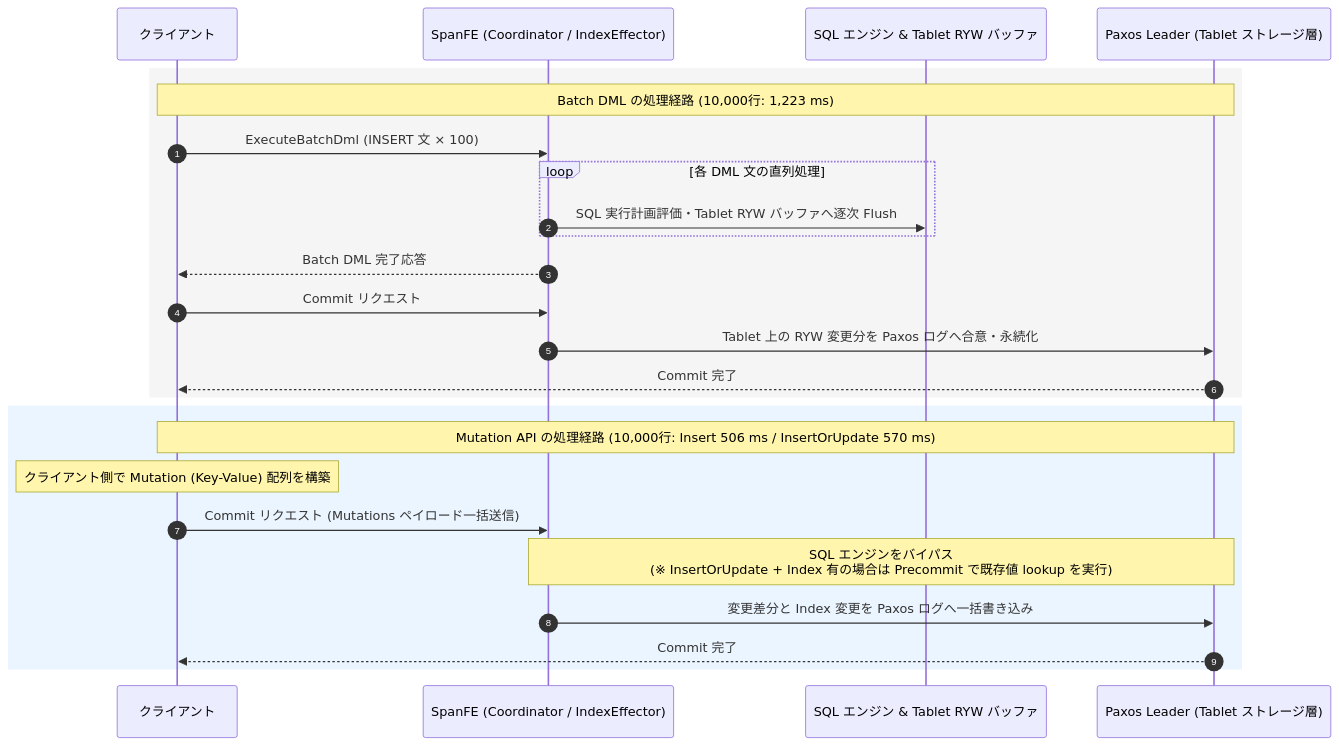
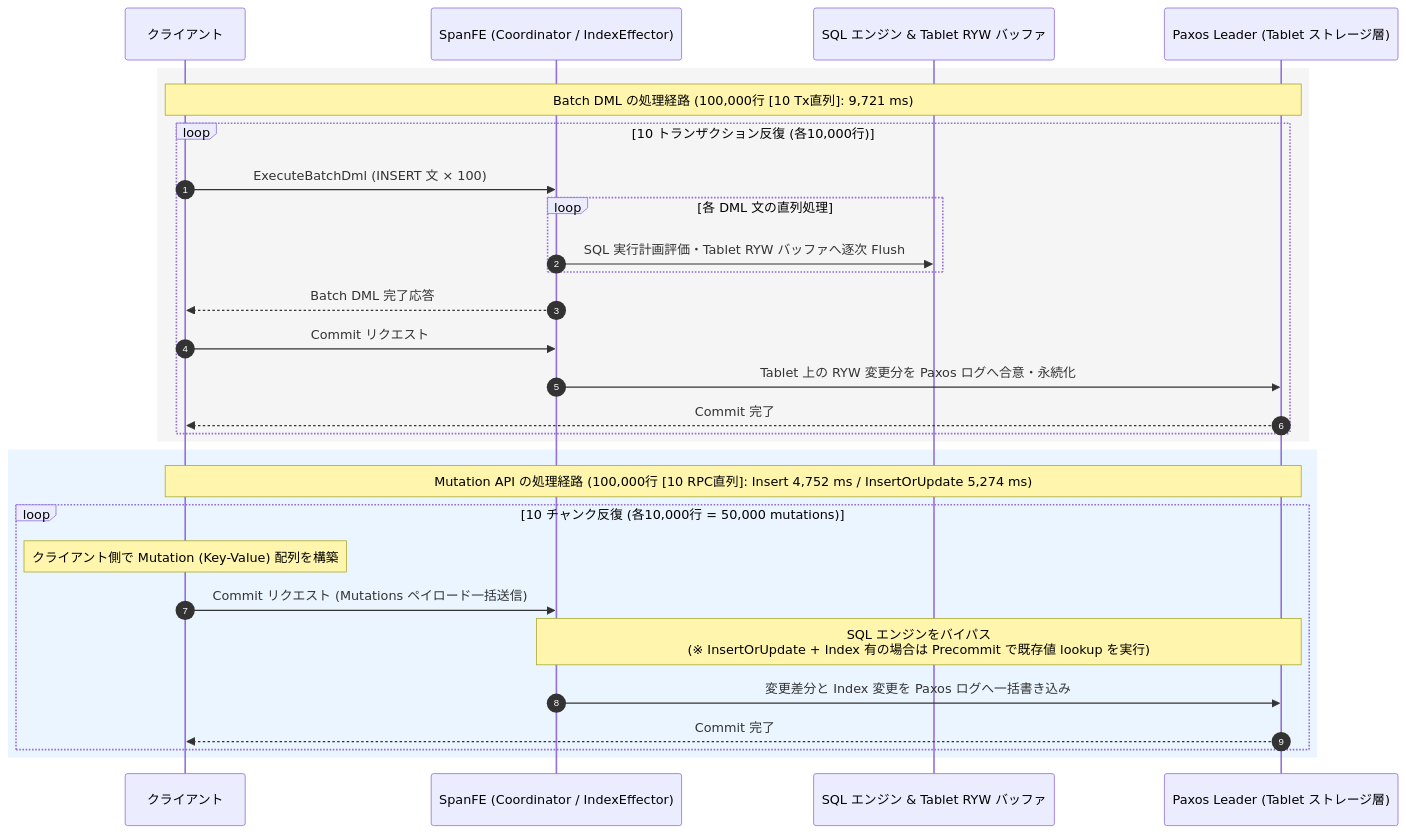
One commit to michity15169/zenn-content changed the third of 6 diagrams in articles/7aad16e9b5760d.md. Above: the diagram before and after it, drawn with Mermaid. The commit also changed other lines of this file, not shown here.

````diff
--- a/articles/7aad16e9b5760d.md
+++ b/articles/7aad16e9b5760d.md
@@ -256,29 +315,33 @@
 ```mermaid
 sequenceDiagram
     autonumber
     participant C as クライアント
     participant FE as SpanFE (Coordinator / IndexEffector)
     participant SQL as SQL エンジン & Tablet RYW バッファ
     participant P as Paxos Leader (Tablet ストレージ層)
 
     rect rgb(245, 245, 245)
-    Note over C,P: Batch DML の処理経路 (10,000行: 1,223 ms)
-    C->>FE: ExecuteBatchDml (INSERT 文 × 100)
-    loop 各 DML 文の直列処理
-        FE->>SQL: SQL 実行計画評価・Tablet RYW バッファへ逐次 Flush
+    Note over C,P: Batch DML の処理経路 (100,000行 [10 Tx直列]: 9,721 ms)
+    loop 10 トランザクション反復 (各10,000行)
+        C->>FE: ExecuteBatchDml (INSERT 文 × 100)
+        loop 各 DML 文の直列処理
+            FE->>SQL: SQL 実行計画評価・Tablet RYW バッファへ逐次 Flush
+        end
+        FE-->>C: Batch DML 完了応答
+        C->>FE: Commit リクエスト
+        FE->>P: Tablet 上の RYW 変更分を Paxos ログへ合意・永続化
+        P-->>C: Commit 完了
     end
-    FE-->>C: Batch DML 完了応答
-    C->>FE: Commit リクエスト
-    FE->>P: Tablet 上の RYW 変更分を Paxos ログへ合意・永続化
-    P-->>C: Commit 完了
     end
 
     rect rgb(235, 245, 255)
-    Note over C,P: Mutation API の処理経路 (10,000行: Insert 506 ms / InsertOrUpdate 570 ms)
-    Note over C: クライアント側で Mutation (Key-Value) 配列を構築
-    C->>FE: Commit リクエスト (Mutations ペイロード一括送信)
-    Note over FE,P: SQL エンジンをバイパス<br/>(※ InsertOrUpdate + Index 有の場合は Precommit で既存値 lookup を実行)
-    FE->>P: 変更差分と Index 変更を Paxos ログへ一括書き込み
-    P-->>C: Commit 完了
+    Note over C,P: Mutation API の処理経路 (100,000行 [10 RPC直列]: Insert 4,752 ms / InsertOrUpdate 5,274 ms)
+    loop 10 チャンク反復 (各10,000行 = 50,000 mutations)
+        Note over C: クライアント側で Mutation (Key-Value) 配列を構築
+        C->>FE: Commit リクエスト (Mutations ペイロード一括送信)
+        Note over FE,P: SQL エンジンをバイパス<br/>(※ InsertOrUpdate + Index 有の場合は Precommit で既存値 lookup を実行)
+        FE->>P: 変更差分と Index 変更を Paxos ログへ一括書き込み
+        P-->>C: Commit 完了
+    end
     end
 ```
````
